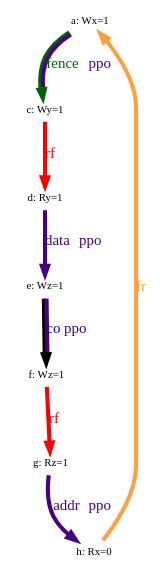
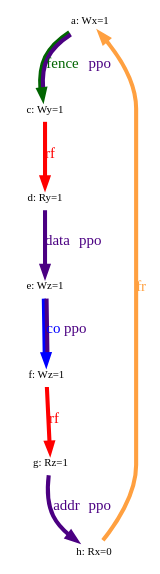
The diagram in src/graphviz/litmus_datacoirfi.dot (riscv/riscv-isa-manual), drawn with Graphviz before and after one commit.

Commit message:
fix svg typo

```diff
--- a/src/graphviz/litmus_datacoirfi.dot
+++ b/src/graphviz/litmus_datacoirfi.dot
@@ -1,33 +1,33 @@
 digraph G {
 
 splines=spline;
 pad="0.000000";
 
 
 /* the unlocked events */
 eiid0 [label="a: Wx=1", shape="none", fontsize=8, pos="1.000000,2.250000!", fixedsize="false", height="0.111111", width="0.555556"];
 eiid1 [label="c: Wy=1", shape="none", fontsize=8, pos="1.000000,1.687500!", fixedsize="false", height="0.111111", width="0.555556"];
 eiid2 [label="d: Ry=1", shape="none", fontsize=8, pos="2.500000,3.093750!", fixedsize="false", height="0.111111", width="0.555556"];
 eiid3 [label="e: Wz=1", shape="none", fontsize=8, pos="2.500000,2.531250!", fixedsize="false", height="0.111111", width="0.555556"];
 eiid4 [label="f: Wz=1", shape="none", fontsize=8, pos="2.500000,1.968750!", fixedsize="false", height="0.111111", width="0.555556"];
 eiid5 [label="g: Rz=1", shape="none", fontsize=8, pos="2.500000,1.406250!", fixedsize="false", height="0.111111", width="0.555556"];
 eiid6 [label="h: Rx=0", shape="none", fontsize=8, pos="2.500000,0.843750!", fixedsize="false", height="0.111111", width="0.555556"];
 
 /* the intra_causality_data edges */
 
 
 /* the intra_causality_control edges */
 
 /* the poi edges */
 /* the rfmap edges */
 
 
 /* The viewed-before edges */
 eiid0 -> eiid1 [label=<<font color="darkgreen">fence</font><font color="indigo">ppo</font>>, color="darkgreen:indigo", fontsize=11, penwidth="3.000000", arrowsize="0.666700"];
 eiid1 -> eiid2 [label=<<font color="red">rf</font>>, color="red", fontsize=11, penwidth="3.000000", arrowsize="0.666700"];
 eiid2 -> eiid3 [label=<<font color="indigo">data</font><font color="indigo">ppo</font>>, color="indigo", fontsize=11, penwidth="3.000000", arrowsize="0.666700"];
-eiid3 -> eiid4 [label=<<font color="blue">co</font><font color="indigo">ppo</font>>, color="bluf:indigo", fontsize=11, penwidth="3.000000", arrowsize="0.666700"];
+eiid3 -> eiid4 [label=<<font color="blue">co</font><font color="indigo">ppo</font>>, color="blue:indigo", fontsize=11, penwidth="3.000000", arrowsize="0.666700"];
 eiid4 -> eiid5 [label=<<font color="red">rf</font>>, color="red", fontsize=11, penwidth="3.000000", arrowsize="0.666700"];
 eiid5 -> eiid6 [label=<<font color="indigo">addr</font><font color="indigo">ppo</font>>, color="indigo", fontsize=11, penwidth="3.000000", arrowsize="0.666700"];
 eiid6 -> eiid0 [label=<<font color="#ffa040">fr</font>>, color="#ffa040", fontsize=11, penwidth="3.000000", arrowsize="0.666700"];
 }
```
